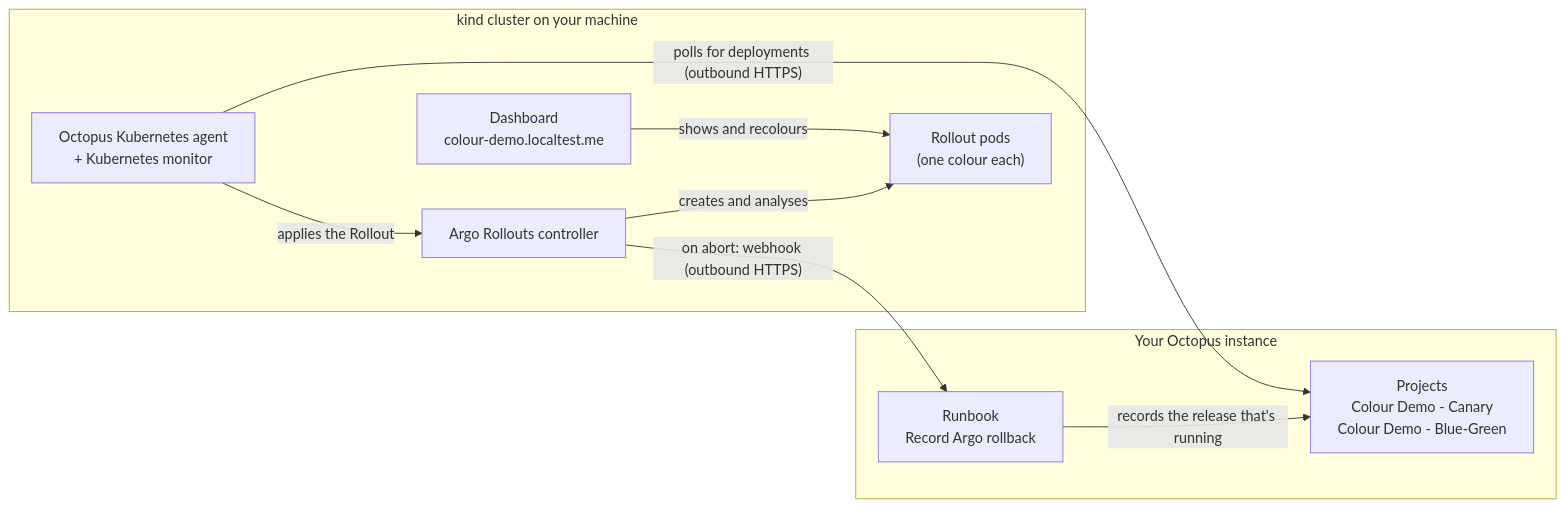
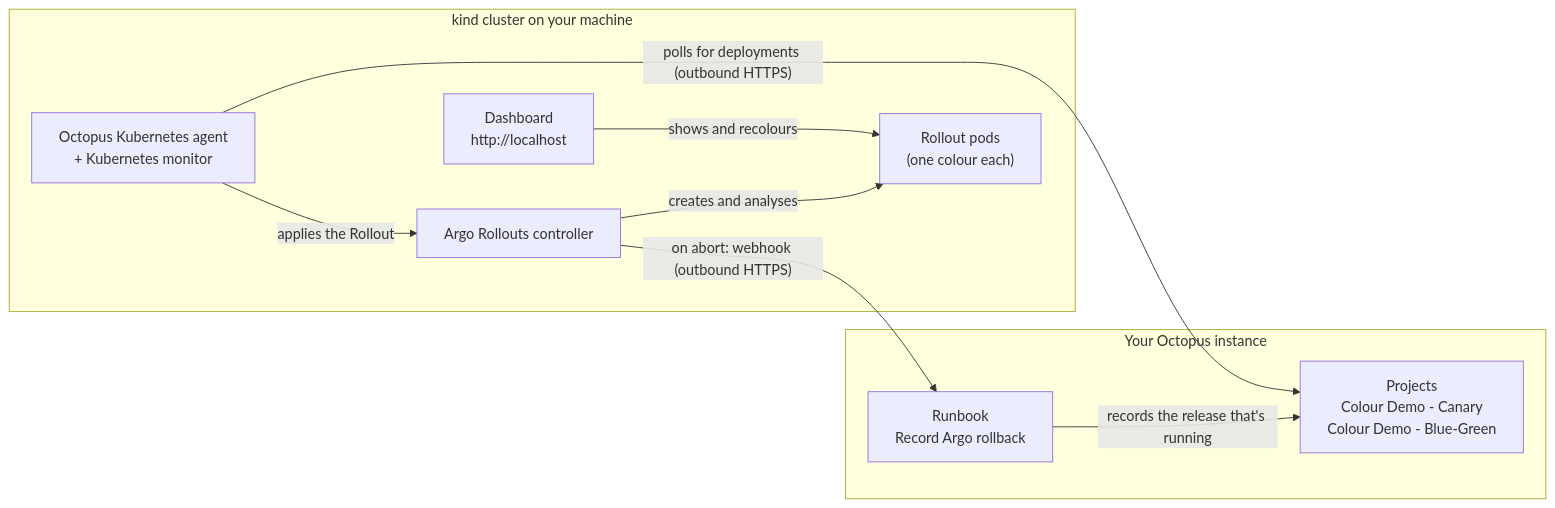
Before and after one commit to paul-oreilly-octopus/argo-rollouts-with-octopus-deploy: the first of 2 diagrams in README.md, drawn with Mermaid. The commit also changed other lines of this file and 13 other files, not shown here.

````diff
--- a/README.md
+++ b/README.md
@@ -51,19 +51,19 @@
 ```mermaid
 flowchart LR
   subgraph octopus["Your Octopus instance"]
     projects["Projects<br/>Colour Demo - Canary<br/>Colour Demo - Blue-Green"]
     runbook["Runbook<br/>Record Argo rollback"]
   end
   subgraph cluster["kind cluster on your machine"]
     agent["Octopus Kubernetes agent<br/>+ Kubernetes monitor"]
     argo["Argo Rollouts controller"]
     pods["Rollout pods<br/>(one colour each)"]
-    dash["Dashboard<br/>colour-demo.localtest.me"]
+    dash["Dashboard<br/>http://localhost"]
   end
   agent -- "polls for deployments (outbound HTTPS)" --> projects
   agent -- "applies the Rollout" --> argo
   argo -- "creates and analyses" --> pods
   dash -- "shows and recolours" --> pods
   argo -- "on abort: webhook (outbound HTTPS)" --> runbook
   runbook -- "records the release that's running" --> projects
 ```
````
